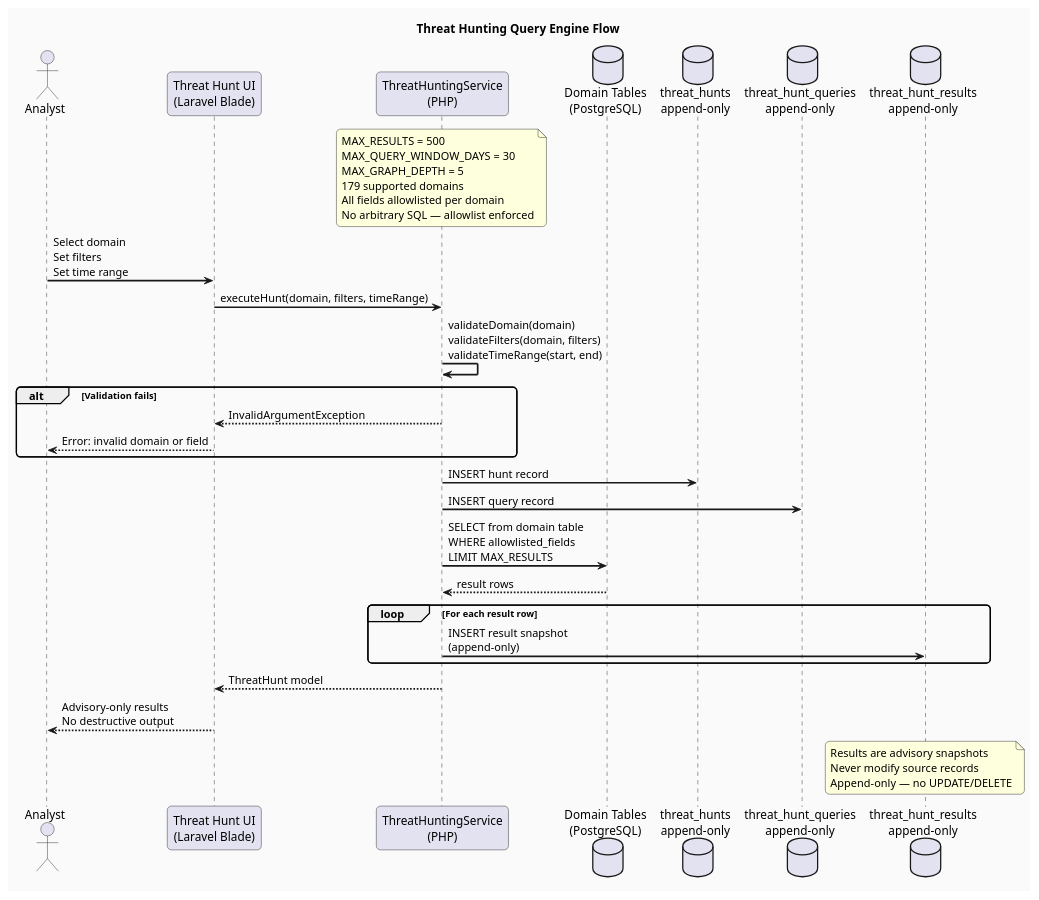
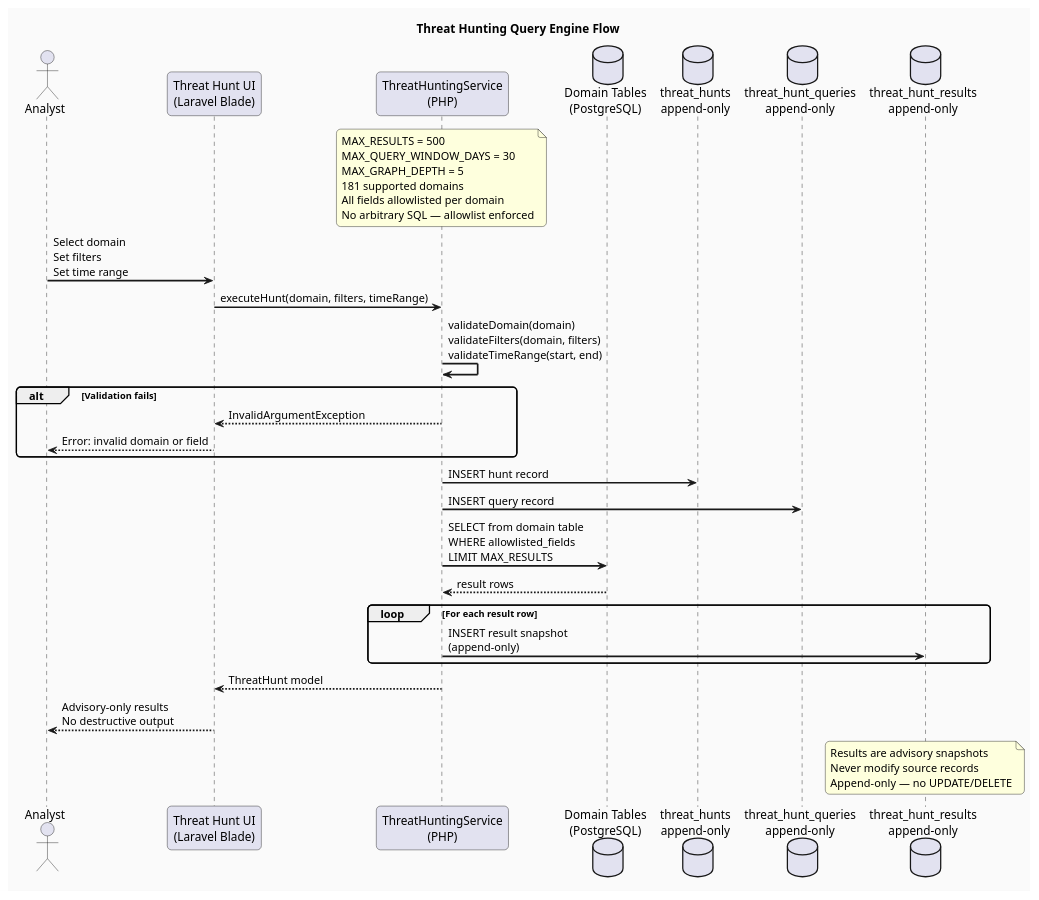
The diagram in docs/architecture/plantuml/threat_hunting_flow.puml (AlfiMuhtadii/enterprise-SIEM), drawn with PlantUML before and after one commit. The commit also changed 52 other files, not shown here.

```diff
--- a/docs/architecture/plantuml/threat_hunting_flow.puml
+++ b/docs/architecture/plantuml/threat_hunting_flow.puml
@@ -1,53 +1,53 @@
 @startuml threat_hunting_flow
 title Threat Hunting Query Engine Flow
 
 skinparam backgroundColor #FAFAFA
 skinparam roundcorner 10
 skinparam sequenceArrowThickness 2
 
 actor Analyst
 participant "Threat Hunt UI\n(Laravel Blade)" as UI
 participant "ThreatHuntingService\n(PHP)" as SVC
 database "Domain Tables\n(PostgreSQL)" as DB
 database "threat_hunts\nappend-only" as HUNTS
 database "threat_hunt_queries\nappend-only" as QUERIES
 database "threat_hunt_results\nappend-only" as RESULTS
 
 note over SVC
   MAX_RESULTS = 500
   MAX_QUERY_WINDOW_DAYS = 30
   MAX_GRAPH_DEPTH = 5
-  179 supported domains
+  181 supported domains
   All fields allowlisted per domain
   No arbitrary SQL — allowlist enforced
 end note
 
 Analyst -> UI : Select domain\nSet filters\nSet time range
 UI -> SVC : executeHunt(domain, filters, timeRange)
 
 SVC -> SVC : validateDomain(domain)\nvalidateFilters(domain, filters)\nvalidateTimeRange(start, end)
 
 alt Validation fails
   SVC --> UI : InvalidArgumentException
   UI --> Analyst : Error: invalid domain or field
 end
 
 SVC -> HUNTS : INSERT hunt record
 SVC -> QUERIES : INSERT query record
 SVC -> DB : SELECT from domain table\nWHERE allowlisted_fields\nLIMIT MAX_RESULTS
 DB --> SVC : result rows
 
 loop For each result row
   SVC -> RESULTS : INSERT result snapshot\n(append-only)
 end
 
 SVC --> UI : ThreatHunt model
 UI --> Analyst : Advisory-only results\nNo destructive output
 
 note over RESULTS
   Results are advisory snapshots
   Never modify source records
   Append-only — no UPDATE/DELETE
 end note
 
 @enduml
```
